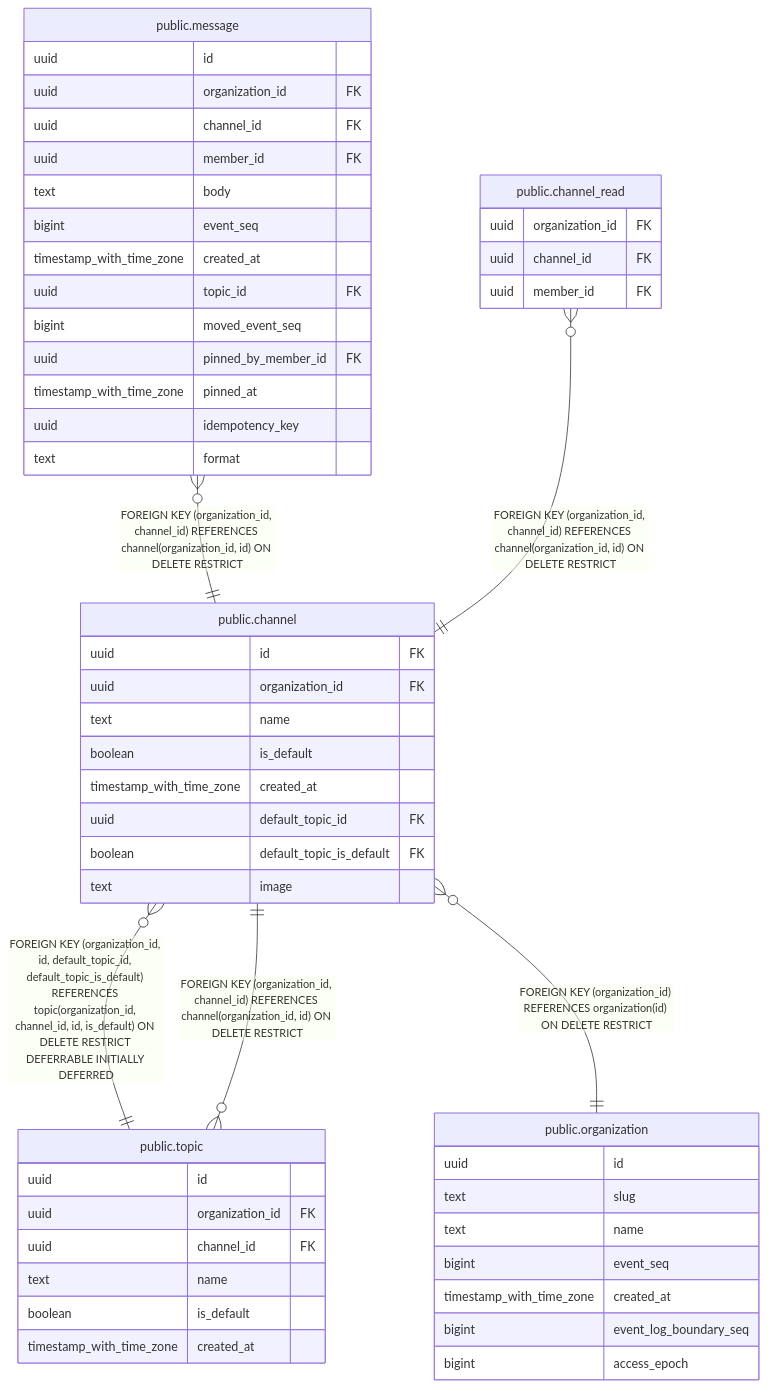
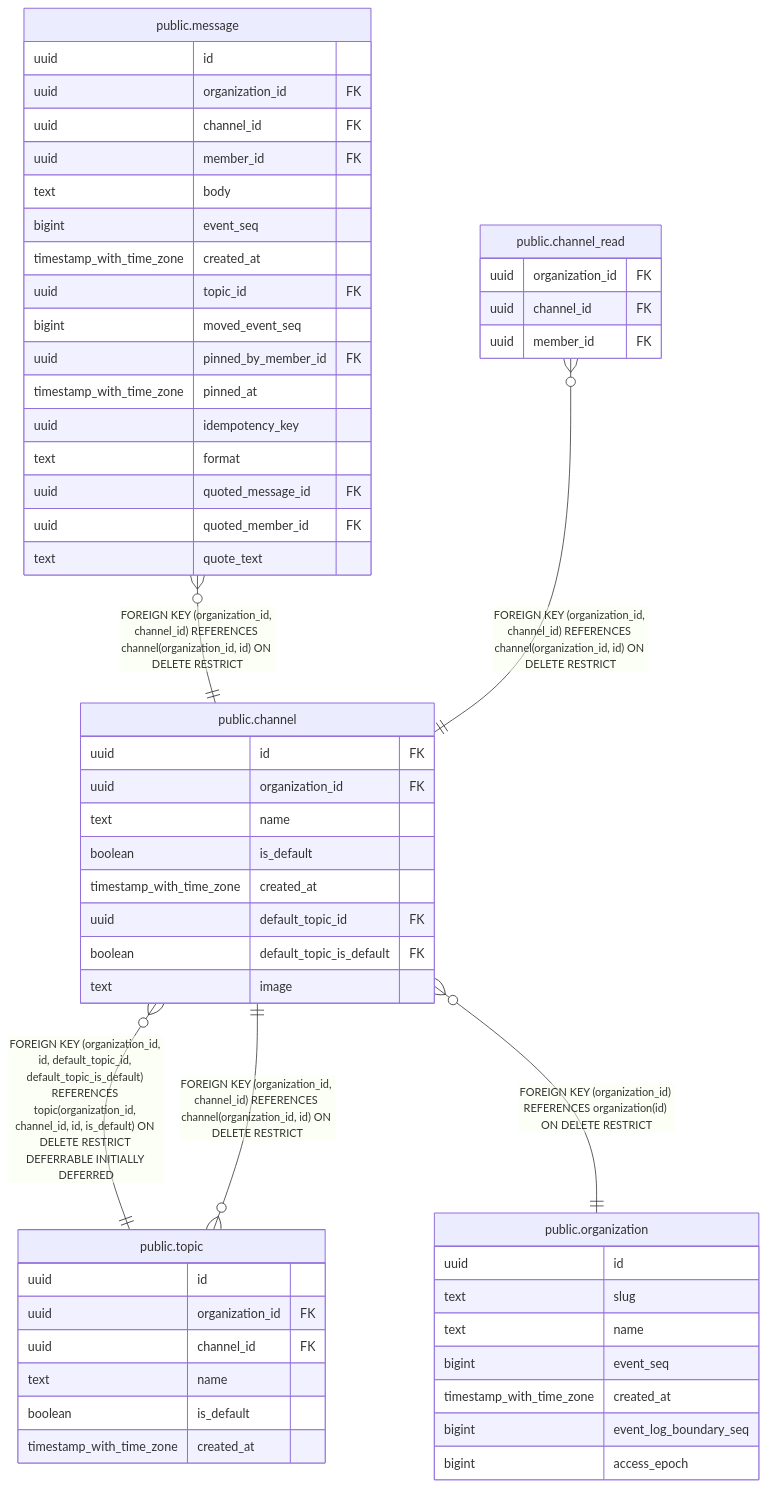
One commit to tkakkie/ribbitto changed the diagram in docs/schema/public.channel.md. Above: the diagram before and after it, drawn with Mermaid. The commit also changed 50 other files, not shown here.

First line of the commit message:
feat(conversation): store and show a quote with a message (#1238)

````diff
--- a/docs/schema/public.channel.md
+++ b/docs/schema/public.channel.md
@@ -47,57 +47,60 @@
 ```mermaid
 erDiagram
 
 "public.channel" }o--|| "public.topic" : "FOREIGN KEY (organization_id, id, default_topic_id, default_topic_is_default) REFERENCES topic(organization_id, channel_id, id, is_default) ON DELETE RESTRICT DEFERRABLE INITIALLY DEFERRED"
 "public.message" }o--|| "public.channel" : "FOREIGN KEY (organization_id, channel_id) REFERENCES channel(organization_id, id) ON DELETE RESTRICT"
 "public.topic" }o--|| "public.channel" : "FOREIGN KEY (organization_id, channel_id) REFERENCES channel(organization_id, id) ON DELETE RESTRICT"
 "public.channel_read" }o--|| "public.channel" : "FOREIGN KEY (organization_id, channel_id) REFERENCES channel(organization_id, id) ON DELETE RESTRICT"
 "public.channel" }o--|| "public.organization" : "FOREIGN KEY (organization_id) REFERENCES organization(id) ON DELETE RESTRICT"
 
 "public.channel" {
   uuid id FK
   uuid organization_id FK
   text name
   boolean is_default
   timestamp_with_time_zone created_at
   uuid default_topic_id FK
   boolean default_topic_is_default FK
   text image
 }
 "public.topic" {
   uuid id
   uuid organization_id FK
   uuid channel_id FK
   text name
   boolean is_default
   timestamp_with_time_zone created_at
 }
 "public.message" {
   uuid id
   uuid organization_id FK
   uuid channel_id FK
   uuid member_id FK
   text body
   bigint event_seq
   timestamp_with_time_zone created_at
   uuid topic_id FK
   bigint moved_event_seq
   uuid pinned_by_member_id FK
   timestamp_with_time_zone pinned_at
   uuid idempotency_key
   text format
+  uuid quoted_message_id FK
+  uuid quoted_member_id FK
+  text quote_text
 }
 "public.channel_read" {
   uuid organization_id FK
   uuid channel_id FK
   uuid member_id FK
 }
 "public.organization" {
   uuid id
   text slug
   text name
   bigint event_seq
   timestamp_with_time_zone created_at
   bigint event_log_boundary_seq
   bigint access_epoch
 }
 ```
````
